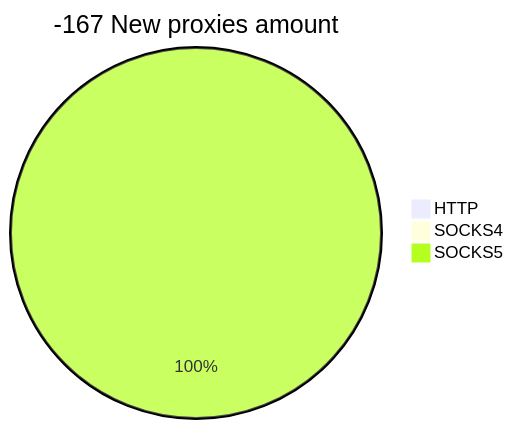
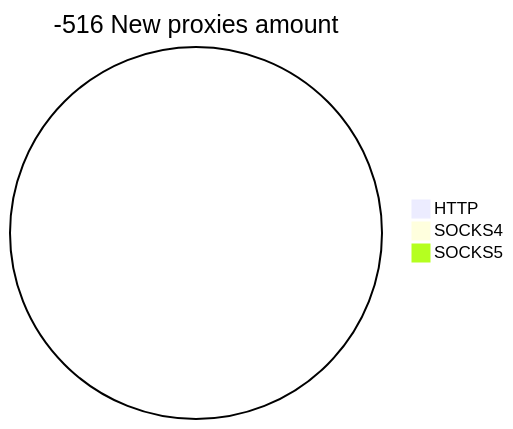
The second of 2 diagrams in README.md (cutipu/proxylist), drawn with Mermaid before and after one commit. The commit also changed other lines of this file, not shown here.

````diff
--- a/README.md
+++ b/README.md
@@ -10,6 +10,6 @@
 ```mermaid
-pie title -167 New proxies amount
+pie title -516 New proxies amount
     "HTTP" : 0
     "SOCKS4" : 0
-    "SOCKS5" : 12
+    "SOCKS5" : 0
 ```
````
